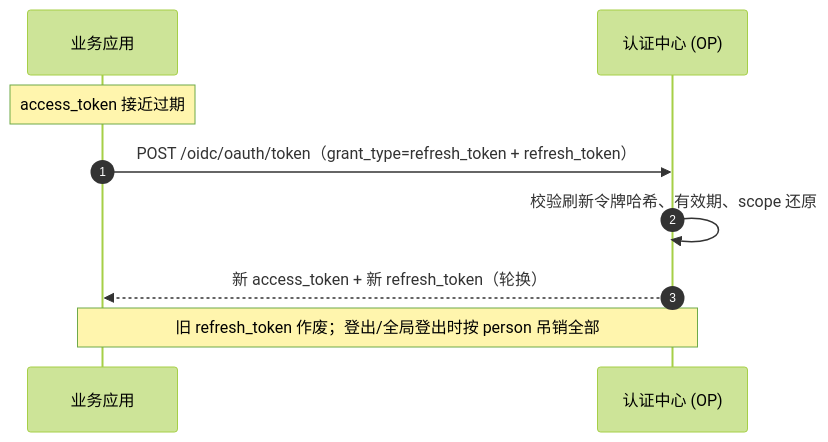
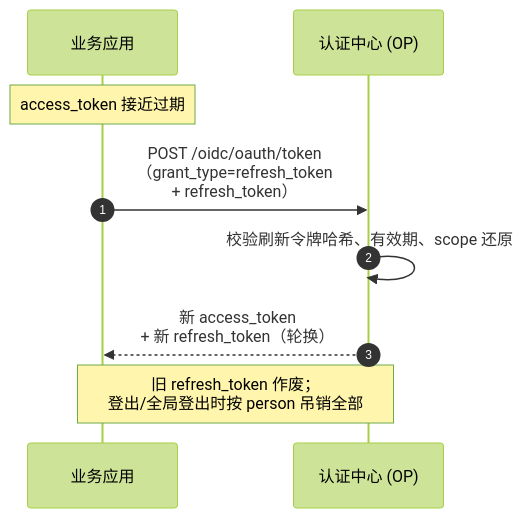
One commit to morehao/ark-iam changed the eighth of 12 diagrams in docs/design/sso-oidc-concepts.md. Above: the diagram before and after it, drawn with Mermaid (forest theme). The commit also changed other lines of this file and 172 other files, not shown here.

````diff
--- a/docs/design/sso-oidc-concepts.md
+++ b/docs/design/sso-oidc-concepts.md
@@ -290,12 +290,12 @@
 ```mermaid
 sequenceDiagram
     autonumber
     participant RP as 业务应用
     participant OP as 认证中心 (OP)
 
     Note over RP: access_token 接近过期
-    RP->>OP: POST /oidc/oauth/token（grant_type=refresh_token + refresh_token）
+    RP->>OP: POST /oidc/oauth/token<br/>（grant_type=refresh_token<br/>+ refresh_token）
     OP->>OP: 校验刷新令牌哈希、有效期、scope 还原
-    OP-->>RP: 新 access_token + 新 refresh_token（轮换）
-    Note over RP,OP: 旧 refresh_token 作废；登出/全局登出时按 person 吊销全部
+    OP-->>RP: 新 access_token<br/>+ 新 refresh_token（轮换）
+    Note over RP,OP: 旧 refresh_token 作废；<br/>登出/全局登出时按 person 吊销全部
 ```
````
